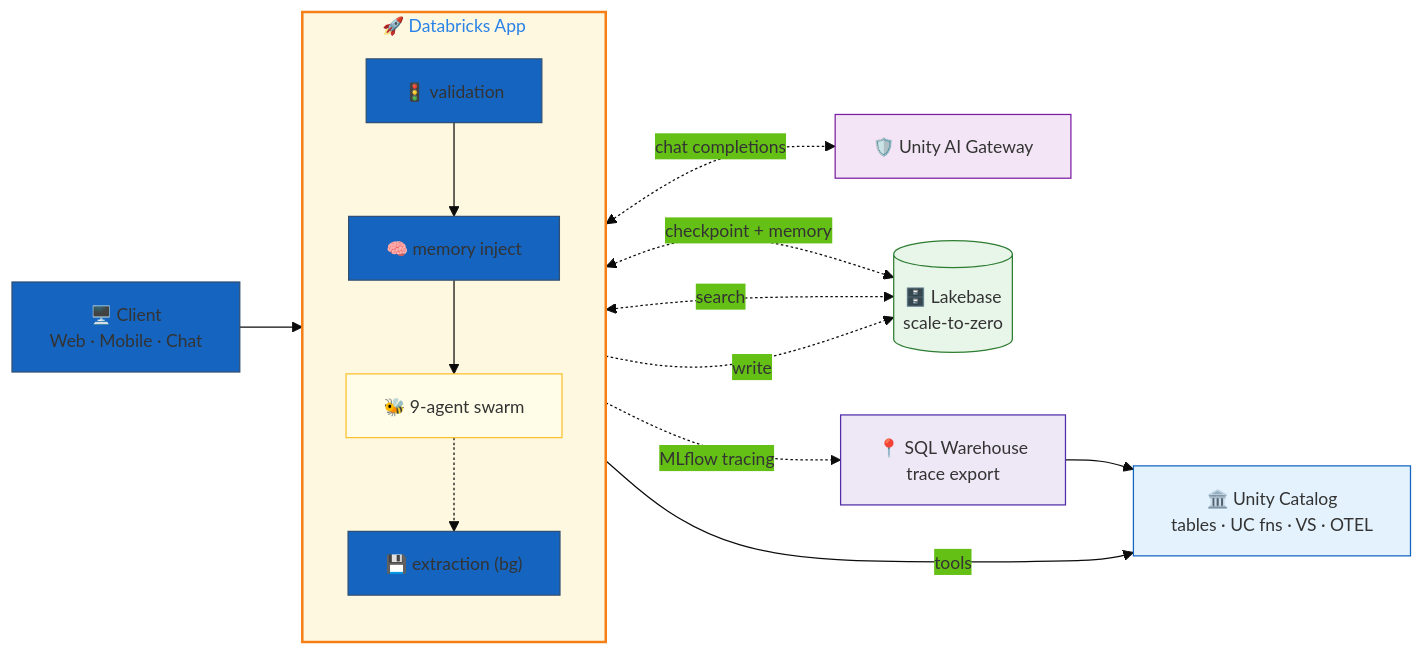
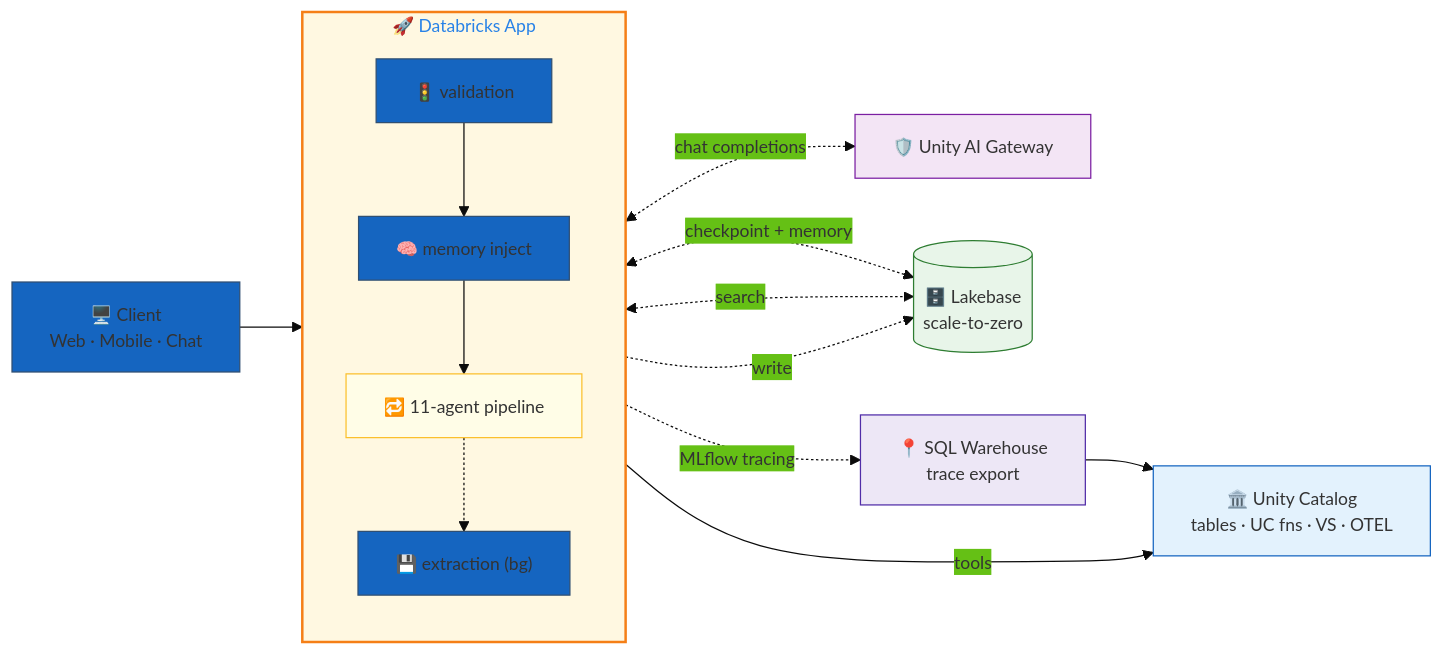
One commit to natefleming/retail-ai changed the first of 6 diagrams in config/examples/15_complete_applications/commerce_swarm/README.md. Above: the diagram before and after it, drawn with Mermaid. The commit also changed other lines of this file and 1 other file, not shown here.

First line of the commit message:
refactor(commerce_swarm): restructure to 4-stage pipeline matching reference diagram

````diff
--- a/config/examples/15_complete_applications/commerce_swarm/README.md
+++ b/config/examples/15_complete_applications/commerce_swarm/README.md
@@ -28,35 +28,35 @@
 ```mermaid
 %%{init: {'theme': 'base', 'themeVariables': { 'primaryColor': '#1565c0', 'fontSize': '14px'}}}%%
 flowchart LR
     Client["🖥️ Client<br/>Web · Mobile · Chat"]
 
     subgraph App["🚀 Databricks App"]
         direction TB
         MW1["🚦 validation"]
         MW2["🧠 memory inject"]
-        Swarm["🐝 9-agent swarm"]
+        Swarm["🔁 11-agent pipeline"]
         MW3["💾 extraction (bg)"]
         MW1 --> MW2 --> Swarm
         Swarm -.-> MW3
     end
 
     Gateway["🛡️ Unity AI Gateway"]
     Lakebase[("🗄️ Lakebase<br/>scale-to-zero")]
     UC["🏛️ Unity Catalog<br/>tables · UC fns · VS · OTEL"]
     Warehouse["📍 SQL Warehouse<br/>trace export"]
 
     Client --> App
     Swarm <-.->|chat completions| Gateway
     Swarm <-.->|checkpoint + memory| Lakebase
     MW2 <-.->|search| Lakebase
     MW3 -.->|write| Lakebase
     Swarm -->|tools| UC
     App -.->|MLflow tracing| Warehouse --> UC
 
     style App fill:#fff8e1,stroke:#f57f17,stroke-width:2px
     style Gateway fill:#f3e5f5,stroke:#7b1fa2
     style Lakebase fill:#e8f5e9,stroke:#2e7d32
     style UC fill:#e3f2fd,stroke:#1565c0
     style Warehouse fill:#ede7f6,stroke:#512da8
     style Swarm fill:#fffde7,stroke:#fbc02d
 ```
````
